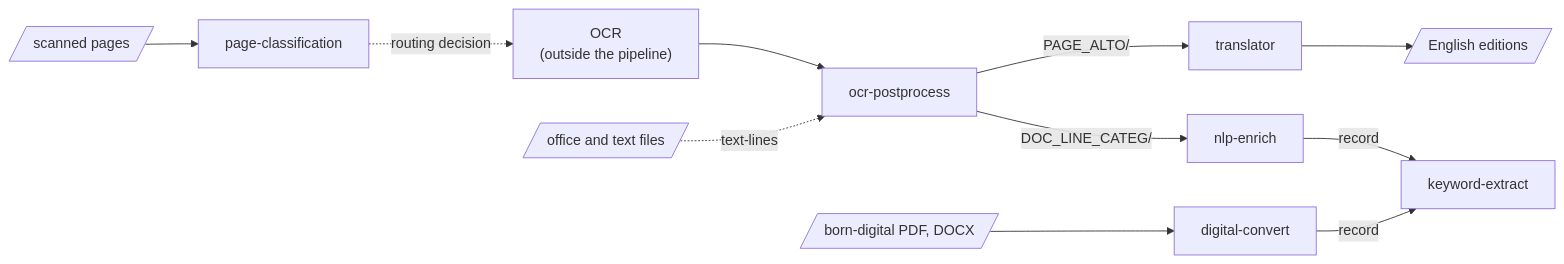
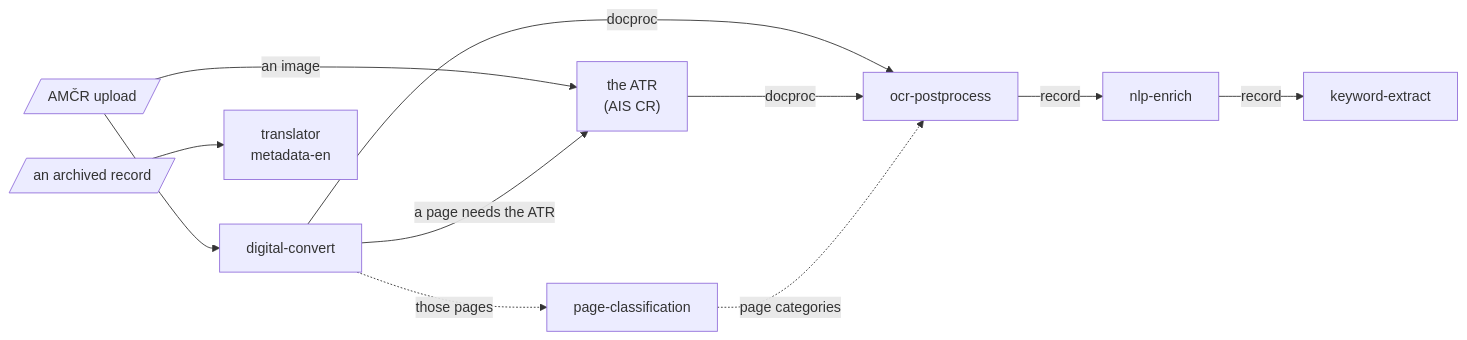
The diagram in docs_site/index.md (ufal/atrium-project), drawn with Mermaid before and after one commit. The commit also changed other lines of this file and 85 other files, not shown here.

````diff
--- a/docs_site/index.md
+++ b/docs_site/index.md
@@ -129,13 +135,13 @@
 ```mermaid
 flowchart LR
-  SCAN[/"scanned pages"/] --> PC[page-classification]
-  PC -. "routing decision" .-> OCR["OCR<br/>(outside the pipeline)"]
-  OCR --> ALTO[ocr-postprocess]
-  DOCS[/"office and text files"/] -. "text-lines" .-> ALTO
-  BORN[/"born-digital PDF, DOCX"/] --> DC[digital-convert]
-  ALTO -- "PAGE_ALTO/" --> TR[translator]
-  ALTO -- "DOC_LINE_CATEG/" --> NLP[nlp-enrich]
+  UP[/"AMČR upload"/] --> DC[digital-convert]
+  UP -- "an image" --> ATR["the ATR<br/>(AIS CR)"]
+  DC -- "a page needs the ATR" --> ATR
+  DC -. "those pages" .-> PC[page-classification]
+  DC -- "docproc" --> OP[ocr-postprocess]
+  ATR -- "docproc" --> OP
+  PC -. "page categories" .-> OP
+  OP -- "record" --> NLP[nlp-enrich]
   NLP -- "record" --> KW[keyword-extract]
-  DC -- "record" --> KW
-  TR --> EN[/"English editions"/]
+  ARC[/"an archived record"/] --> TR["translator<br/>metadata-en"]
 ```
````
